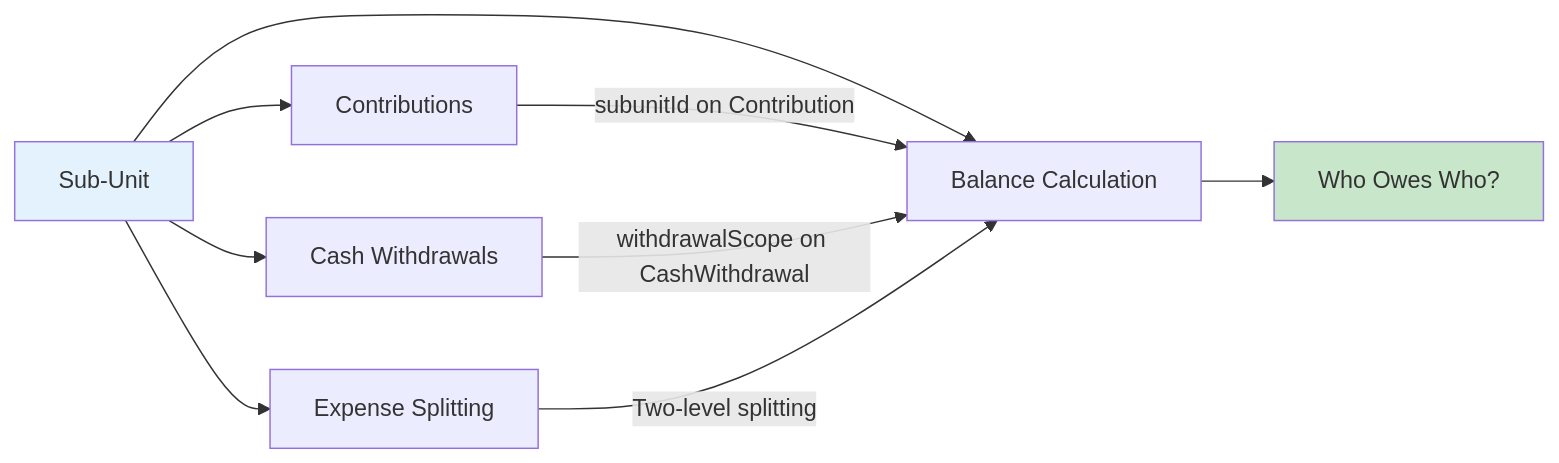
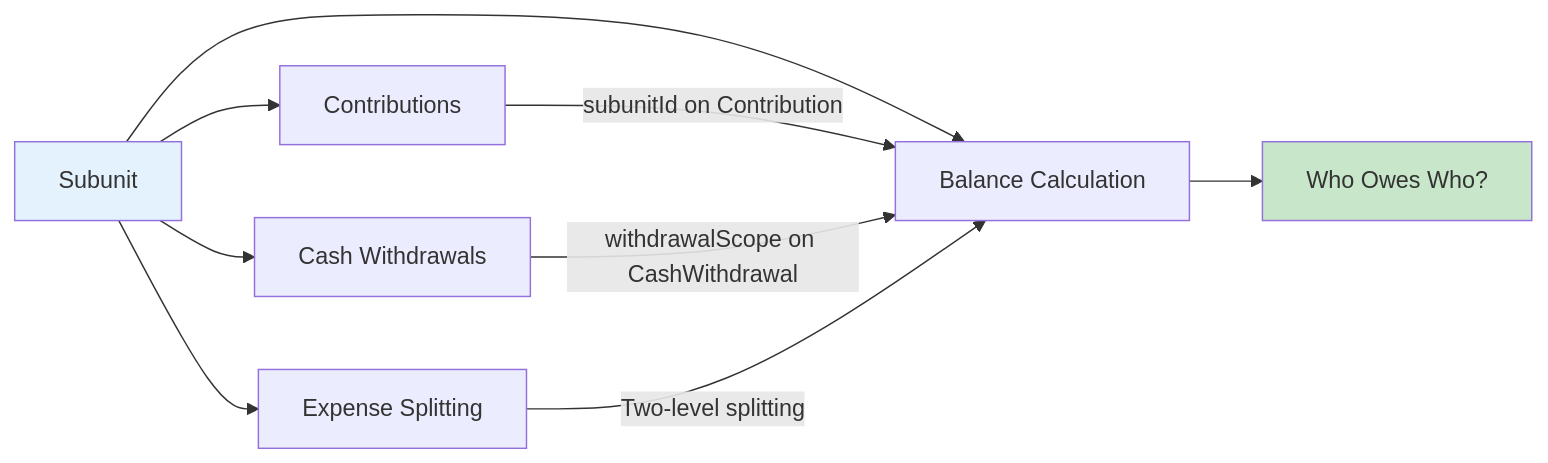
One commit to pedrazamiguez/expense-share-app changed the fourth of 7 diagrams in wiki/sub-units-and-group-composition.md. Above: the diagram before and after it, drawn with Mermaid. The commit also changed other lines of this file and 66 other files, not shown here.

````diff
--- a/wiki/sub-units-and-group-composition.md
+++ b/wiki/sub-units-and-group-composition.md
@@ -172,15 +172,15 @@
 ```mermaid
 graph LR
-    SU[Sub-Unit] --> C[Contributions]
+    SU[Subunit] --> C[Contributions]
     SU --> W[Cash Withdrawals]
     SU --> E[Expense Splitting]
     SU --> B[Balance Calculation]
 
     C -->|"subunitId on Contribution"| B
     W -->|"withdrawalScope on CashWithdrawal"| B
     E -->|"Two-level splitting"| B
     B --> WHO["Who Owes Who?"]
 
     style SU fill:#e3f2fd
     style WHO fill:#c8e6c9
 ```
````
